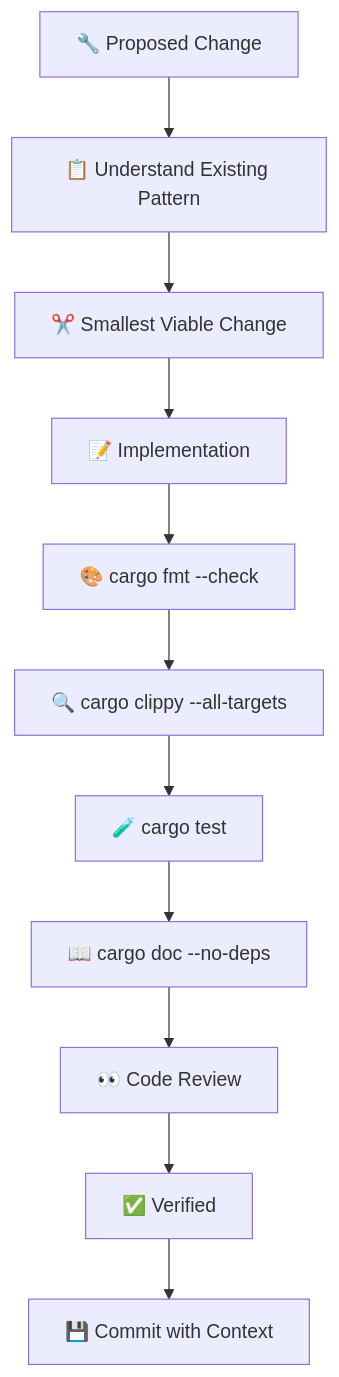
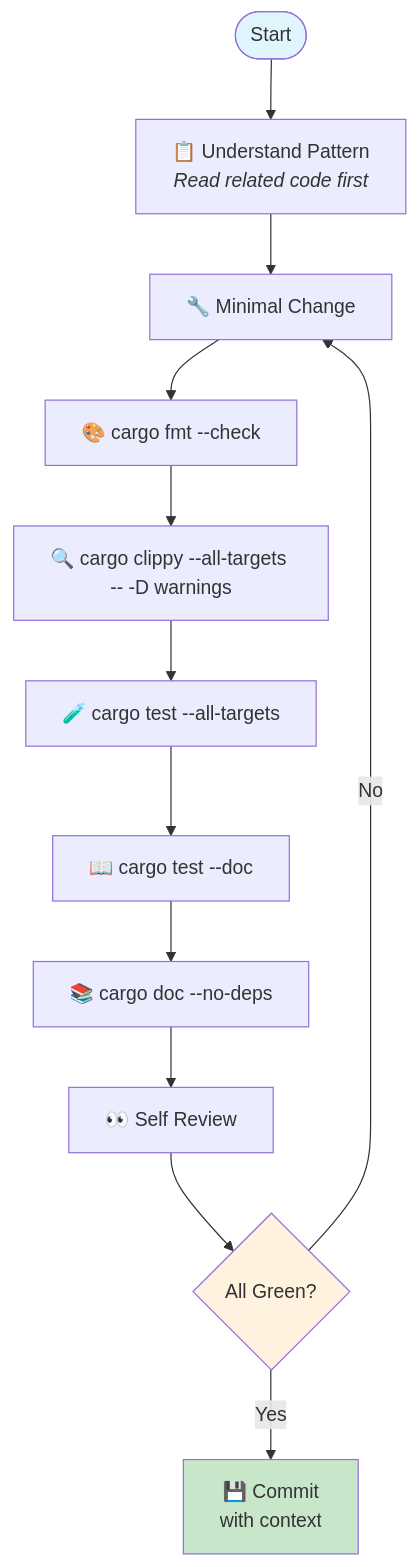
One commit to Rosavera-I/craft-rust-maintainer changed the first of 4 diagrams in README.md. Above: the diagram before and after it, drawn with Mermaid. The commit also changed other lines of this file and 2 other files, not shown here.

````diff
--- a/README.md
+++ b/README.md
@@ -26,13 +35,18 @@
 ```mermaid
 flowchart TD
-    Change["🔧 Proposed Change"] --> Pattern["📋 Understand Existing Pattern"]
-    Pattern --> Small["✂️ Smallest Viable Change"]
-    Small --> Impl["📝 Implementation"]
-    Impl --> Fmt["🎨 cargo fmt --check"]
-    Fmt --> Clippy["🔍 cargo clippy --all-targets"]
-    Clippy --> Test["🧪 cargo test"]
-    Test --> Doc["📖 cargo doc --no-deps"]
-    Doc --> Review["👀 Code Review"]
-    Review --> Verify["✅ Verified"]
-    Verify --> Commit["💾 Commit with Context"]
+    Start(["Start"]) --> Understand["📋 Understand Pattern<br/><i>Read related code first</i>"]
+    Understand --> Change["🔧 Minimal Change"]
+    Change --> Fmt["🎨 cargo fmt --check"]
+    Fmt --> Clippy["🔍 cargo clippy --all-targets -- -D warnings"]
+    Clippy --> Test["🧪 cargo test --all-targets"]
+    Test --> DocTest["📖 cargo test --doc"]
+    DocTest --> DocBuild["📚 cargo doc --no-deps"]
+    DocBuild --> Review["👀 Self Review"]
+    Review --> Checkpoint{"All Green?"}
+    Checkpoint -->|No| Change
+    Checkpoint -->|Yes| Commit["💾 Commit<br/>with context"]
+    
+    style Start fill:#e1f5fe
+    style Commit fill:#c8e6c9
+    style Checkpoint fill:#fff3e0
 ```
````
